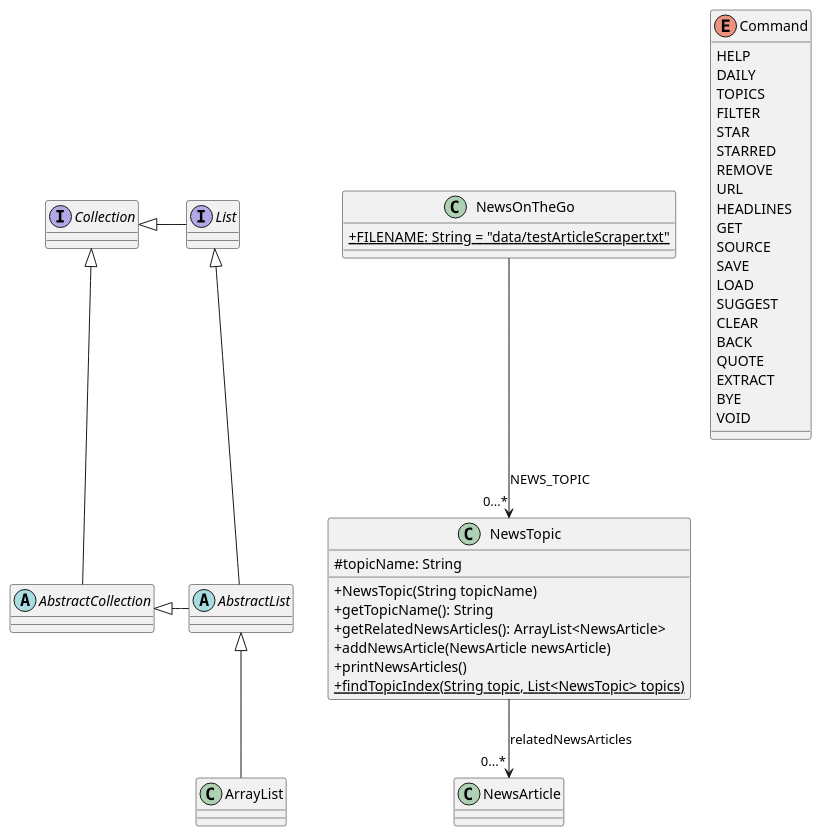
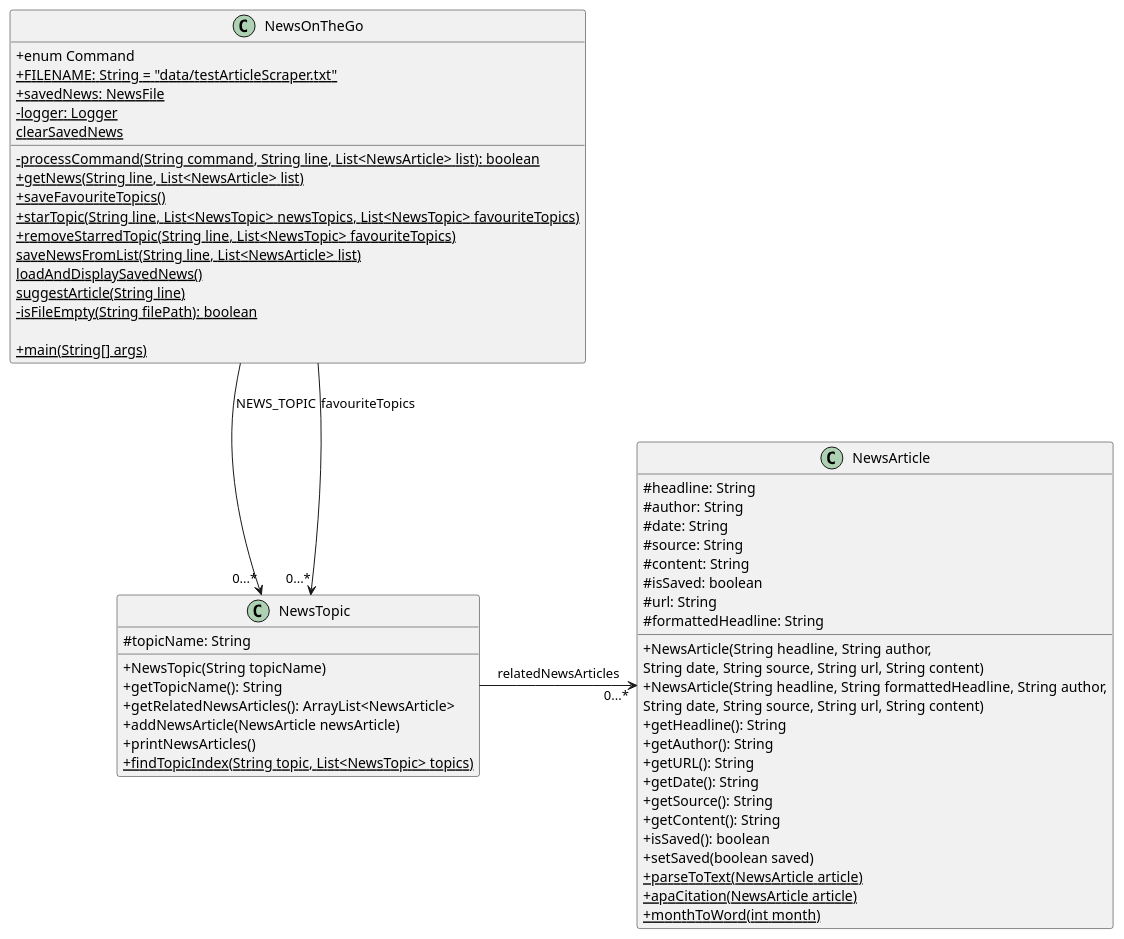
The diagram in docs/UML_Diagrams/NewsOnTheGo.puml (AhmedShaiyan/tp), drawn with PlantUML before and after one commit. The commit also changed 6 other files, not shown here.

```diff
--- a/docs/UML_Diagrams/NewsOnTheGo.puml
+++ b/docs/UML_Diagrams/NewsOnTheGo.puml
@@ -1,62 +1,67 @@
 @startuml
 'https://plantuml.com/class-diagram
 skinparam classAttributeIconSize 0
 
-abstract class AbstractList
-abstract AbstractCollection
-interface List
-interface Collection
+class NewsOnTheGo {
+    + enum Command
+    + {static} FILENAME: String = "data/testArticleScraper.txt"
+    + {static} savedNews: NewsFile
+    - {static} logger: Logger
+    - {static} processCommand(String command, String line, List<NewsArticle> list): boolean
+    + {static} getNews(String line, List<NewsArticle> list)
+    + {static} saveFavouriteTopics()
+    + {static} starTopic(String line, List<NewsTopic> newsTopics, List<NewsTopic> favouriteTopics)
+    + {static} removeStarredTopic(String line, List<NewsTopic> favouriteTopics)
+    {static} saveNewsFromList(String line, List<NewsArticle> list)
+    {static} loadAndDisplaySavedNews()
+    {static} suggestArticle(String line)
+    {static} clearSavedNews
+    - {static} isFileEmpty(String filePath): boolean
 
-List <|-- AbstractList
-Collection <|-- AbstractCollection
-
-Collection <|- List
-AbstractCollection <|- AbstractList
-AbstractList <|-- ArrayList
-
-class NewsOnTheGo {
-    + {static} FILENAME: String = "data/testArticleScraper.txt"
-
+    + {static} main(String[] args)
 }
 
 NewsOnTheGo --> "0...*" NewsTopic : NEWS_TOPIC
+NewsOnTheGo --> "0...*" NewsTopic : favouriteTopics
 
 class NewsTopic {
     # topicName: String
     + NewsTopic(String topicName)
     + getTopicName(): String
     + getRelatedNewsArticles(): ArrayList<NewsArticle>
     + addNewsArticle(NewsArticle newsArticle)
     + printNewsArticles()
     + {static} findTopicIndex(String topic, List<NewsTopic> topics)
 }
 
-NewsTopic --> "0...*" NewsArticle : relatedNewsArticles
+
 
 class NewsArticle {
+    # headline: String
+    # author: String
+    # date: String
+    # source: String
+    # content: String
+    # isSaved: boolean
+    # url: String
+    # formattedHeadline: String
+
+    + NewsArticle(String headline, String author,
+    String date, String source, String url, String content)
+    + NewsArticle(String headline, String formattedHeadline, String author,
+    String date, String source, String url, String content)
+    + getHeadline(): String
+    + getAuthor(): String
+    + getURL(): String
+    + getDate(): String
+    + getSource(): String
+    + getContent(): String
+    + isSaved(): boolean
+    + setSaved(boolean saved)
+    + {static} parseToText(NewsArticle article)
+    + {static} apaCitation(NewsArticle article)
+    + {static} monthToWord(int month)
 }
 
-enum Command {
-HELP
-DAILY
-TOPICS
-FILTER
-STAR
-STARRED
-REMOVE
-URL
-HEADLINES
-GET
-SOURCE
-SAVE
-LOAD
-SUGGEST
-CLEAR
-BACK
-QUOTE
-EXTRACT
-BYE
-VOID
-}
-
+NewsTopic -right-> "0...*" NewsArticle : relatedNewsArticles
 @enduml
```
